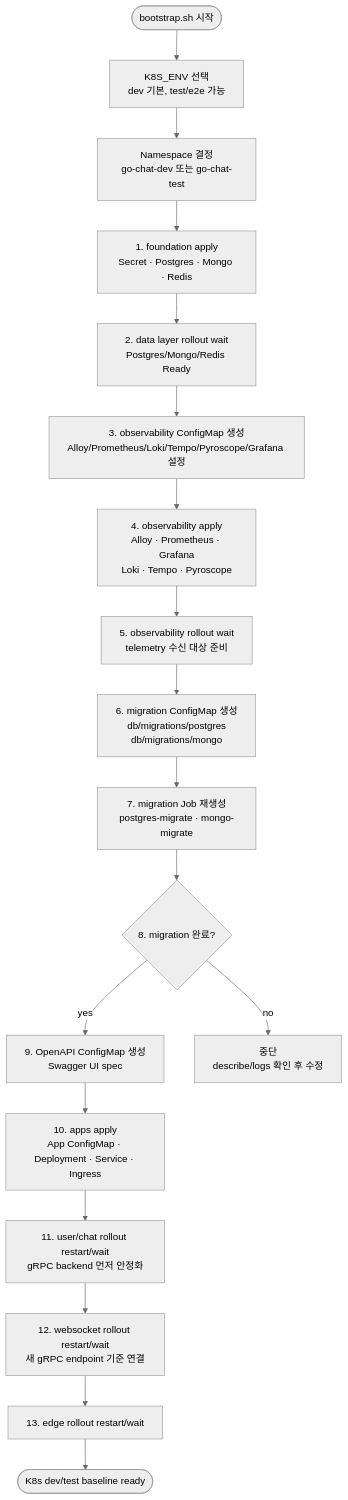
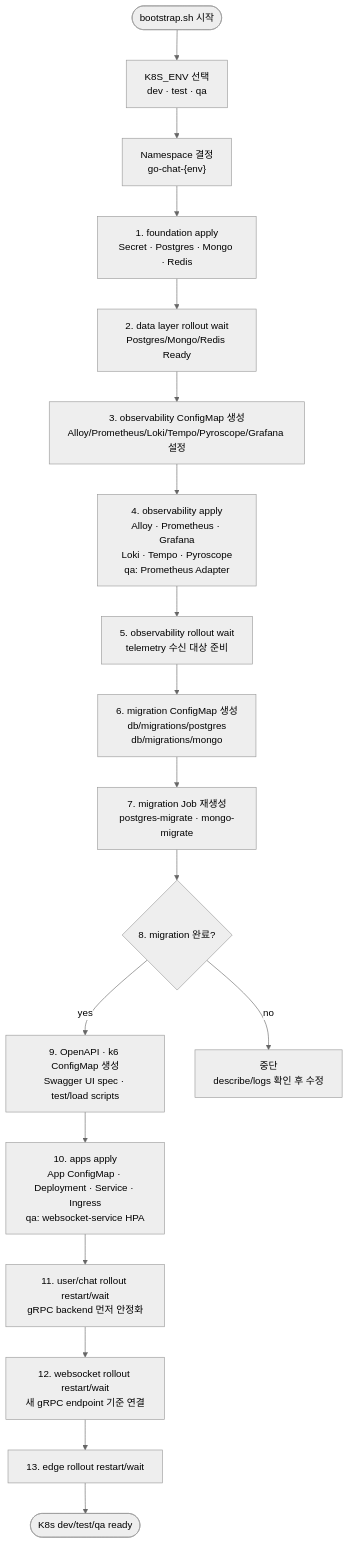
Before and after one commit to happyhun/go-chat-msa: the diagram in docs/diagrams/flow-k8s-bootstrap.mmd, drawn with Mermaid (neutral theme). The commit also changed 8 other files, not shown here.

Commit message:
docs: k8s websocket 다이어그램 최신화

```diff
--- a/docs/diagrams/flow-k8s-bootstrap.mmd
+++ b/docs/diagrams/flow-k8s-bootstrap.mmd
@@ -1,30 +1,30 @@
 flowchart TB
     Start([bootstrap.sh 시작])
 
-    Env["K8S_ENV 선택<br/>dev 기본, test/e2e 가능"]
-    NS["Namespace 결정<br/>go-chat-dev 또는 go-chat-test"]
+    Env["K8S_ENV 선택<br/>dev · test · qa"]
+    NS["Namespace 결정<br/>go-chat-{env}"]
 
     Foundation["1. foundation apply<br/>Secret · Postgres · Mongo · Redis"]
     DataWait["2. data layer rollout wait<br/>Postgres/Mongo/Redis Ready"]
 
     ObservabilityCM["3. observability ConfigMap 생성<br/>Alloy/Prometheus/Loki/Tempo/Pyroscope/Grafana 설정"]
-    Observability["4. observability apply<br/>Alloy · Prometheus · Grafana<br/>Loki · Tempo · Pyroscope"]
+    Observability["4. observability apply<br/>Alloy · Prometheus · Grafana<br/>Loki · Tempo · Pyroscope<br/>qa: Prometheus Adapter"]
     ObsWait["5. observability rollout wait<br/>telemetry 수신 대상 준비"]
 
     MigrationCM["6. migration ConfigMap 생성<br/>db/migrations/postgres<br/>db/migrations/mongo"]
     MigrationJob["7. migration Job 재생성<br/>postgres-migrate · mongo-migrate"]
     MigrationWait{"8. migration 완료?"}
 
-    OpenAPICM["9. OpenAPI ConfigMap 생성<br/>Swagger UI spec"]
-    Apps["10. apps apply<br/>App ConfigMap · Deployment · Service · Ingress"]
+    OpenAPICM["9. OpenAPI · k6 ConfigMap 생성<br/>Swagger UI spec · test/load scripts"]
+    Apps["10. apps apply<br/>App ConfigMap · Deployment · Service · Ingress<br/>qa: websocket-service HPA"]
     CoreRestart["11. user/chat rollout restart/wait<br/>gRPC backend 먼저 안정화"]
     WSRestart["12. websocket rollout restart/wait<br/>새 gRPC endpoint 기준 연결"]
     EdgeRestart["13. edge rollout restart/wait"]
-    Done([K8s dev/test baseline ready])
+    Done([K8s dev/test/qa ready])
 
     Fail["중단<br/>describe/logs 확인 후 수정"]
 
     Start --> Env --> NS --> Foundation --> DataWait --> ObservabilityCM --> Observability --> ObsWait
     ObsWait --> MigrationCM --> MigrationJob --> MigrationWait
     MigrationWait -- "yes" --> OpenAPICM --> Apps --> CoreRestart --> WSRestart --> EdgeRestart --> Done
     MigrationWait -- "no" --> Fail
```
